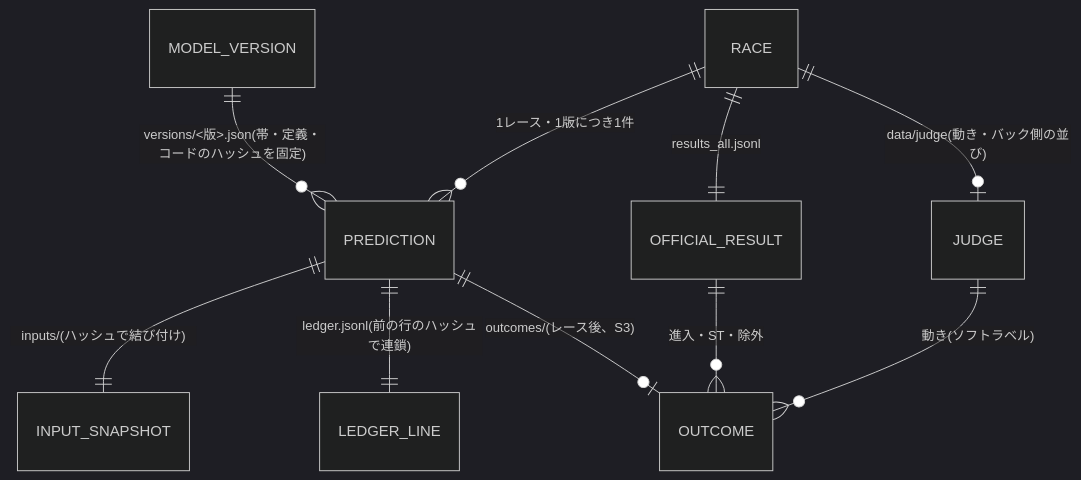
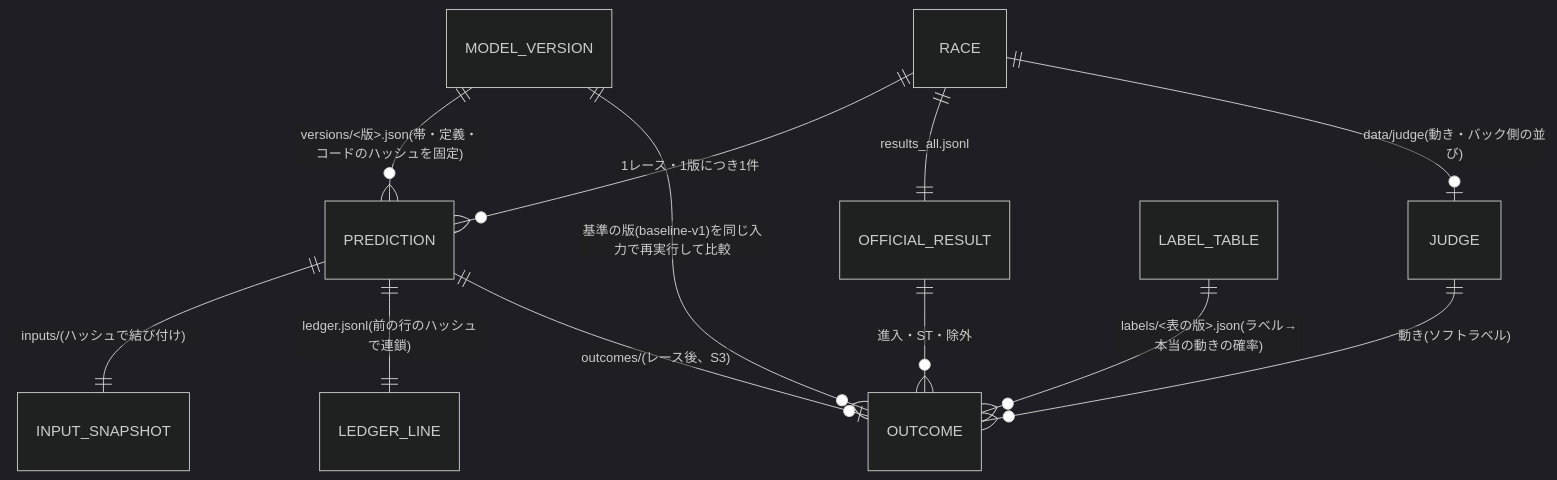
One commit to harukishimizu2020-sketch/boat-predictions changed the diagram in README.md. Above: the diagram before and after it, drawn with Mermaid (dark theme). The commit also changed other lines of this file and 10 other files, not shown here.

First line of the commit message:
S3: evaluator, baseline model and soft label table

````diff
--- a/README.md
+++ b/README.md
@@ -92,12 +92,14 @@
 ```mermaid
 erDiagram
   MODEL_VERSION ||--o{ PREDICTION : "versions/<版>.json(帯・定義・コードのハッシュを固定)"
   RACE ||--o{ PREDICTION : "1レース・1版につき1件"
   PREDICTION ||--|| INPUT_SNAPSHOT : "inputs/(ハッシュで結び付け)"
   PREDICTION ||--|| LEDGER_LINE : "ledger.jsonl(前の行のハッシュで連鎖)"
   PREDICTION ||--o| OUTCOME : "outcomes/(レース後、S3)"
   RACE ||--|| OFFICIAL_RESULT : "results_all.jsonl"
   RACE ||--o| JUDGE : "data/judge(動き・バック側の並び)"
   OFFICIAL_RESULT ||--o{ OUTCOME : "進入・ST・除外"
   JUDGE ||--o{ OUTCOME : "動き(ソフトラベル)"
+  LABEL_TABLE ||--o{ OUTCOME : "labels/<表の版>.json(ラベル→本当の動きの確率)"
+  MODEL_VERSION ||--o{ OUTCOME : "基準の版(baseline-v1)を同じ入力で再実行して比較"
 ```
````
